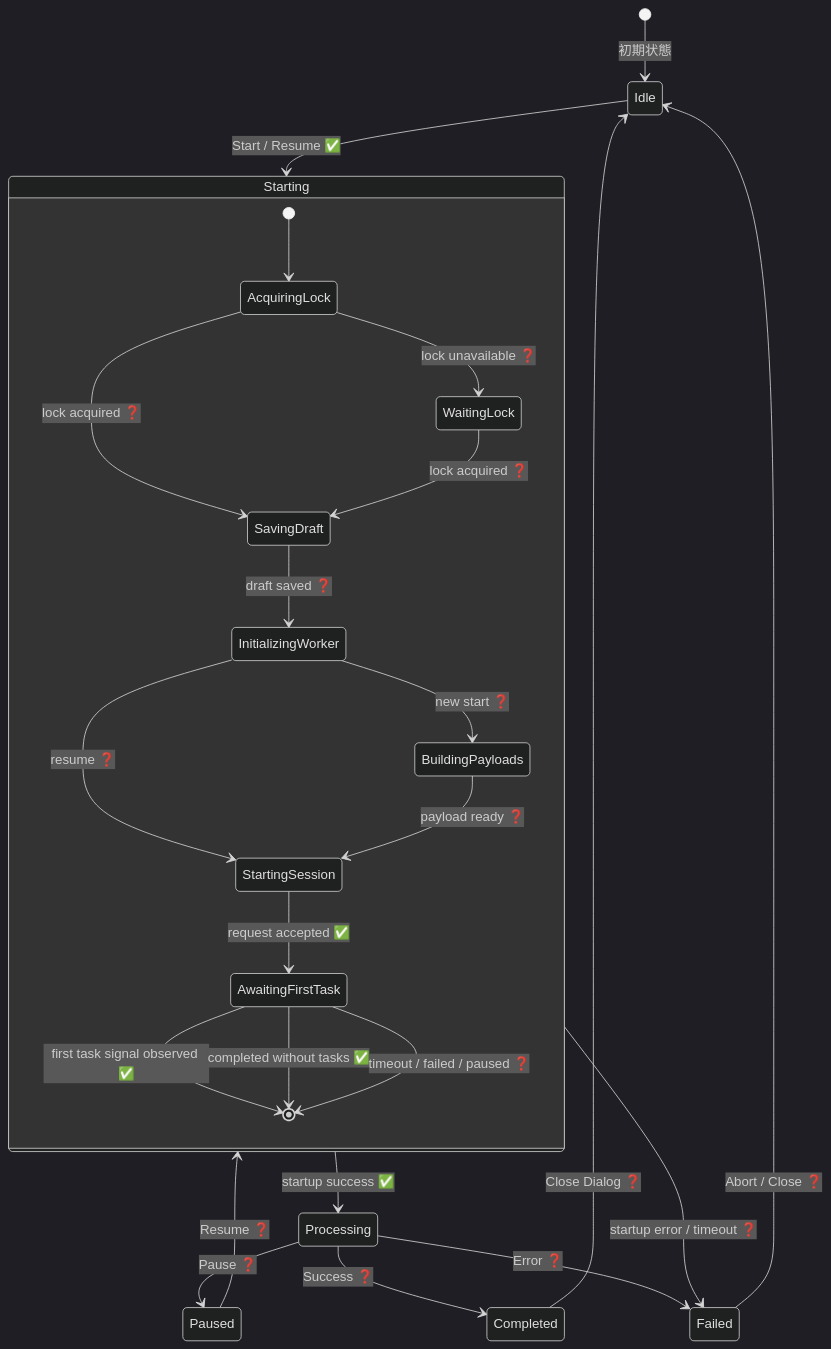
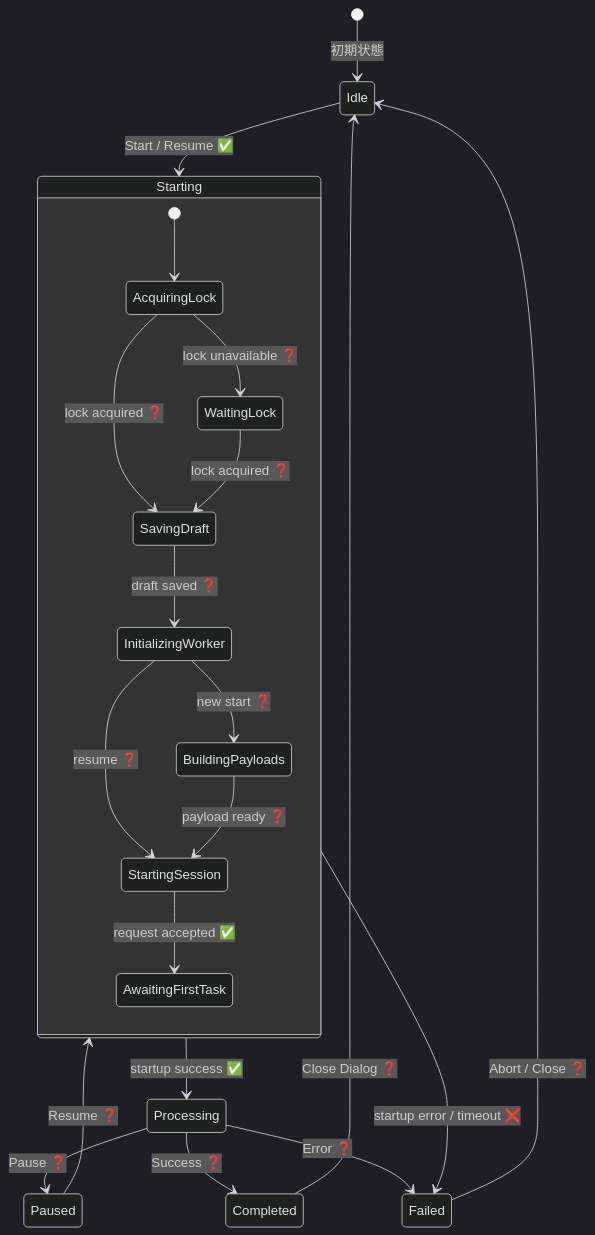
One commit to kubohiroya/hierarchidb changed the first of 3 diagrams in plugins/shape-plugin/docs/DIALOG_FLOW_AND_STATE_TRANSITIONS.md. Above: the diagram before and after it, drawn with Mermaid (dark theme). The commit also changed other lines of this file and 14 other files, not shown here.

````diff
--- a/plugins/shape-plugin/docs/DIALOG_FLOW_AND_STATE_TRANSITIONS.md
+++ b/plugins/shape-plugin/docs/DIALOG_FLOW_AND_STATE_TRANSITIONS.md
@@ -43,29 +43,26 @@
 ```mermaid
 stateDiagram-v2
     [*] --> Idle: 初期状態
     Idle --> Starting: Start / Resume ✅
 
     state Starting {
         [*] --> AcquiringLock
         AcquiringLock --> WaitingLock: lock unavailable ❓
         AcquiringLock --> SavingDraft: lock acquired ❓
         WaitingLock --> SavingDraft: lock acquired ❓
         SavingDraft --> InitializingWorker: draft saved ❓
         InitializingWorker --> BuildingPayloads: new start ❓
         InitializingWorker --> StartingSession: resume ❓
         BuildingPayloads --> StartingSession: payload ready ❓
         StartingSession --> AwaitingFirstTask: request accepted ✅
-        AwaitingFirstTask --> [*]: first task signal observed ✅
-        AwaitingFirstTask --> [*]: completed without tasks ✅
-        AwaitingFirstTask --> [*]: timeout / failed / paused ❓
     }
 
     Starting --> Processing: startup success ✅
-    Starting --> Failed: startup error / timeout ❓
+    Starting --> Failed: startup error / timeout ❌
     Processing --> Paused: Pause ❓
     Paused --> Starting: Resume ❓
     Processing --> Completed: Success ❓
     Processing --> Failed: Error ❓
     Completed --> Idle: Close Dialog ❓
     Failed --> Idle: Abort / Close ❓
 ```
````
